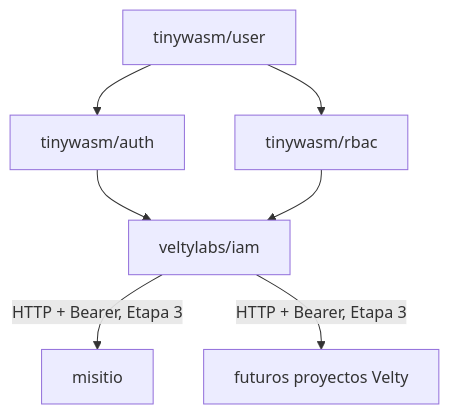
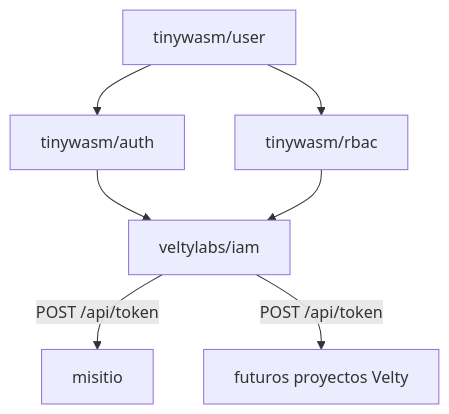
One commit to veltylabs/iam changed the diagram in README.md. Above: the diagram before and after it, drawn with Mermaid. The commit also changed other lines of this file and 22 other files, not shown here.

First line of the commit message:
feat: bearer API tokens (project-scoped) and SSO cookie across *.velty.cl

````diff
--- a/README.md
+++ b/README.md
@@ -15,9 +15,9 @@
 ```mermaid
 flowchart TD
     U[tinywasm/user] --> A[tinywasm/auth]
     U --> R[tinywasm/rbac]
     A --> I[veltylabs/iam]
     R --> I
-    I -->|HTTP + Bearer, Etapa 3| M[misitio]
-    I -->|HTTP + Bearer, Etapa 3| O[futuros proyectos Velty]
+    I -->|POST /api/token| M[misitio]
+    I -->|POST /api/token| O[futuros proyectos Velty]
 ```
````
